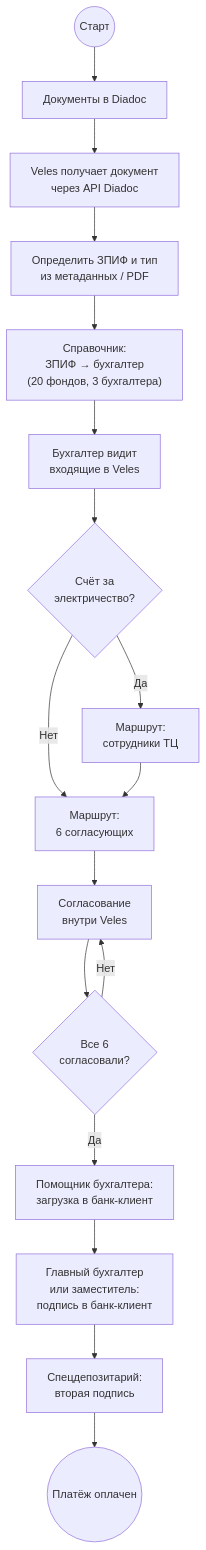
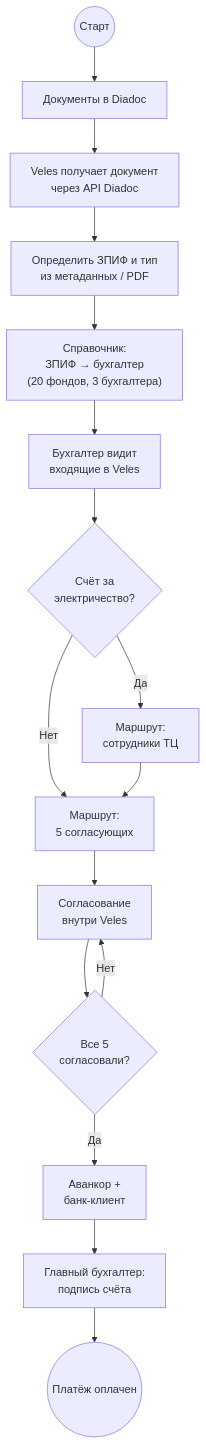
The third of 3 diagrams in 2.1 Маршруты Документов - входящий Счет на оплату.md (botclaw1983/veles), drawn with Mermaid before and after one commit. The commit also changed other lines of this file and 5405 other files, not shown here.

````diff
--- a/2.1 Маршруты Документов - входящий Счет на оплату.md
+++ b/2.1 Маршруты Документов - входящий Счет на оплату.md
@@ -197,19 +266,18 @@
 ```mermaid
 flowchart TB
     A((Старт)) --> B["Документы в Diadoc"]
     B --> C["Veles получает документ<br/>через API Diadoc"]
     C --> D["Определить ЗПИФ и тип<br/>из метаданных / PDF"]
     D --> E["Справочник:<br/>ЗПИФ → бухгалтер<br/>(20 фондов, 3 бухгалтера)"]
     E --> F["Бухгалтер видит<br/>входящие в Veles"]
     F --> G{"Счёт за<br/>электричество?"}
     G -->|Да| H["Маршрут:<br/>сотрудники ТЦ"]
     G -->|Нет| I
-    H --> I["Маршрут:<br/>6 согласующих"]
+    H --> I["Маршрут:<br/>5 согласующих"]
     I --> J["Согласование<br/>внутри Veles"]
-    J --> K{"Все 6<br/>согласовали?"}
+    J --> K{"Все 5<br/>согласовали?"}
     K -->|Нет| J
-    K -->|Да| L["Помощник бухгалтера:<br/>загрузка в банк-клиент"]
-    L --> M["Главный бухгалтер<br/>или заместитель:<br/>подпись в банк-клиент"]
-    M --> SD["Спецдепозитарий:<br/>вторая подпись"]
-    SD --> N(("Платёж оплачен"))
+    K -->|Да| L["Аванкор +<br/>банк-клиент"]
+    L --> M["Главный бухгалтер:<br/>подпись счёта"]
+    M --> N(("Платёж оплачен"))
 ```
````
